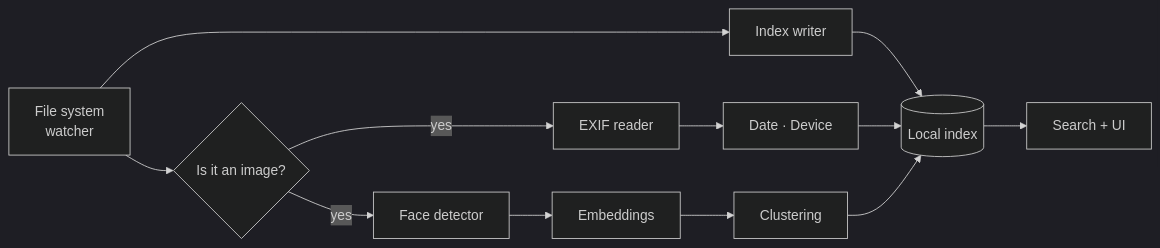
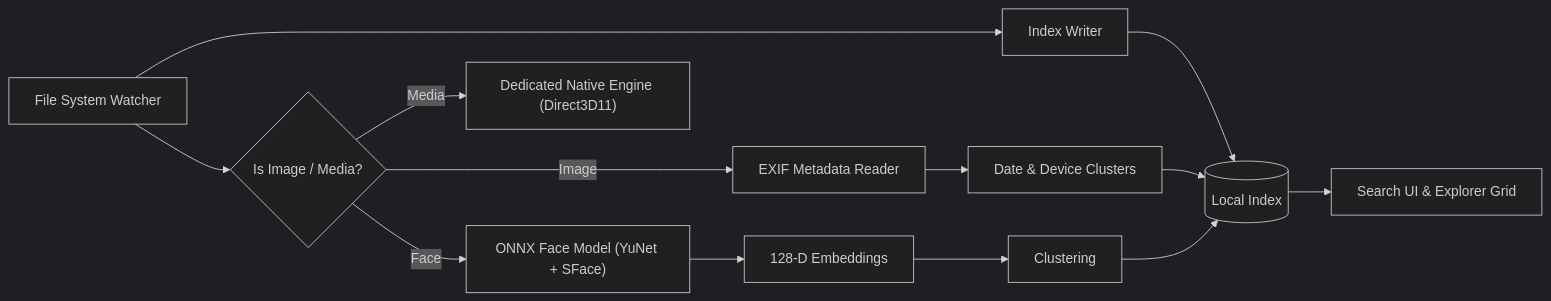
One commit to Solanum-Tech/PiFiles changed the diagram in README.md. Above: the diagram before and after it, drawn with Mermaid (dark theme). The commit also changed other lines of this file and 111 other files, not shown here.

First line of the commit message:
Release: sync dev to main (native media player removal and security fixes) (#44)

````diff
--- a/README.md
+++ b/README.md
@@ -153,13 +107,14 @@
 ```mermaid
 flowchart LR
-    A[File system<br/>watcher] --> B[Index writer]
-    B --> C[(Local index)]
-    A --> D{Is it an image?}
-    D -->|yes| E[EXIF reader]
-    D -->|yes| F[Face detector]
-    E --> G[Date · Device]
-    F --> H[Embeddings] --> I[Clustering]
+    A["File System Watcher"] --> B["Index Writer"]
+    B --> C[("Local Index")]
+    A --> D{"Is Image / Media?"}
+    D -->|Media| M["Dedicated Native Engine (Direct3D11)"]
+    D -->|Image| E["EXIF Metadata Reader"]
+    D -->|Face| F["ONNX Face Model (YuNet + SFace)"]
+    E --> G["Date & Device Clusters"]
+    F --> H["128-D Embeddings"] --> I["Clustering"]
     G --> C
     I --> C
-    C --> J[Search + UI]
+    C --> J["Search UI & Explorer Grid"]
 ```
````
